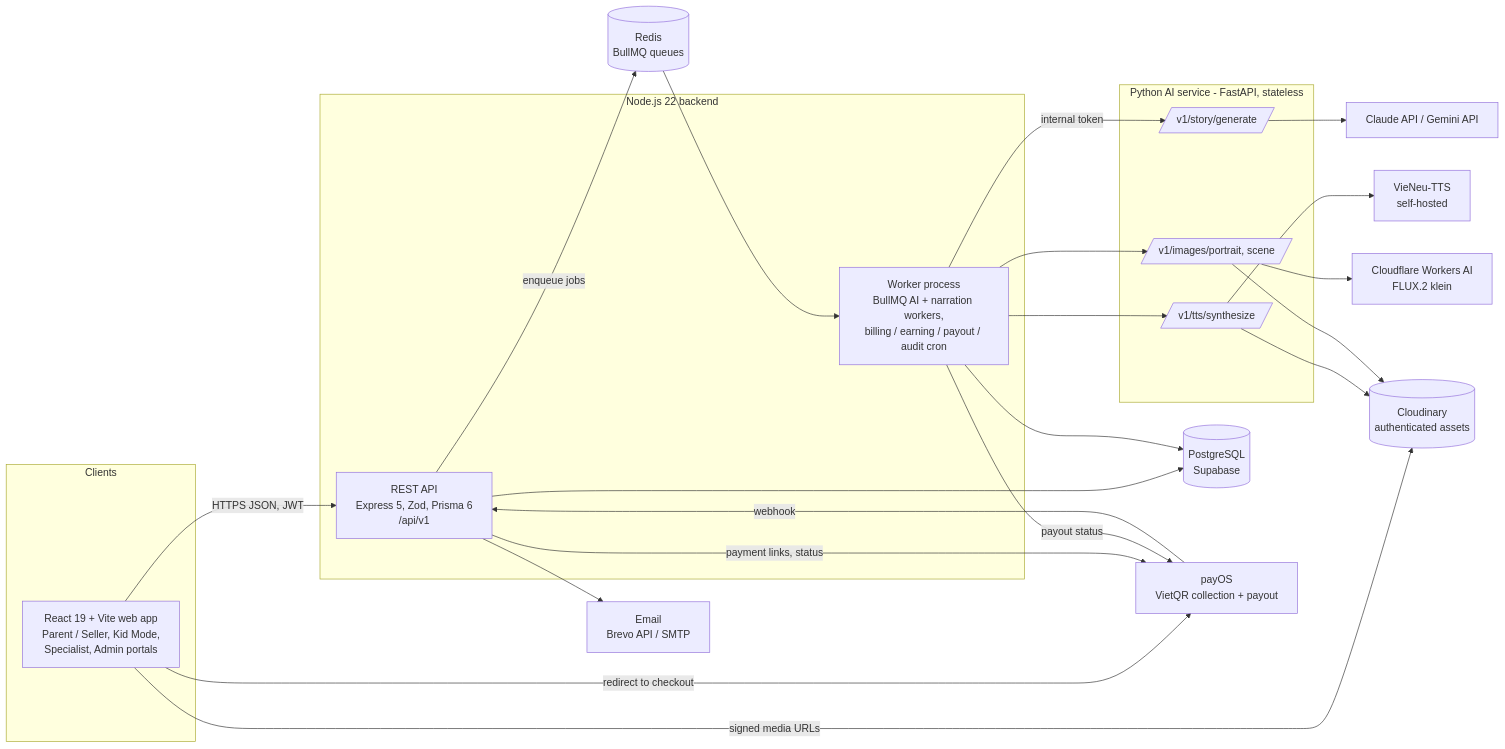
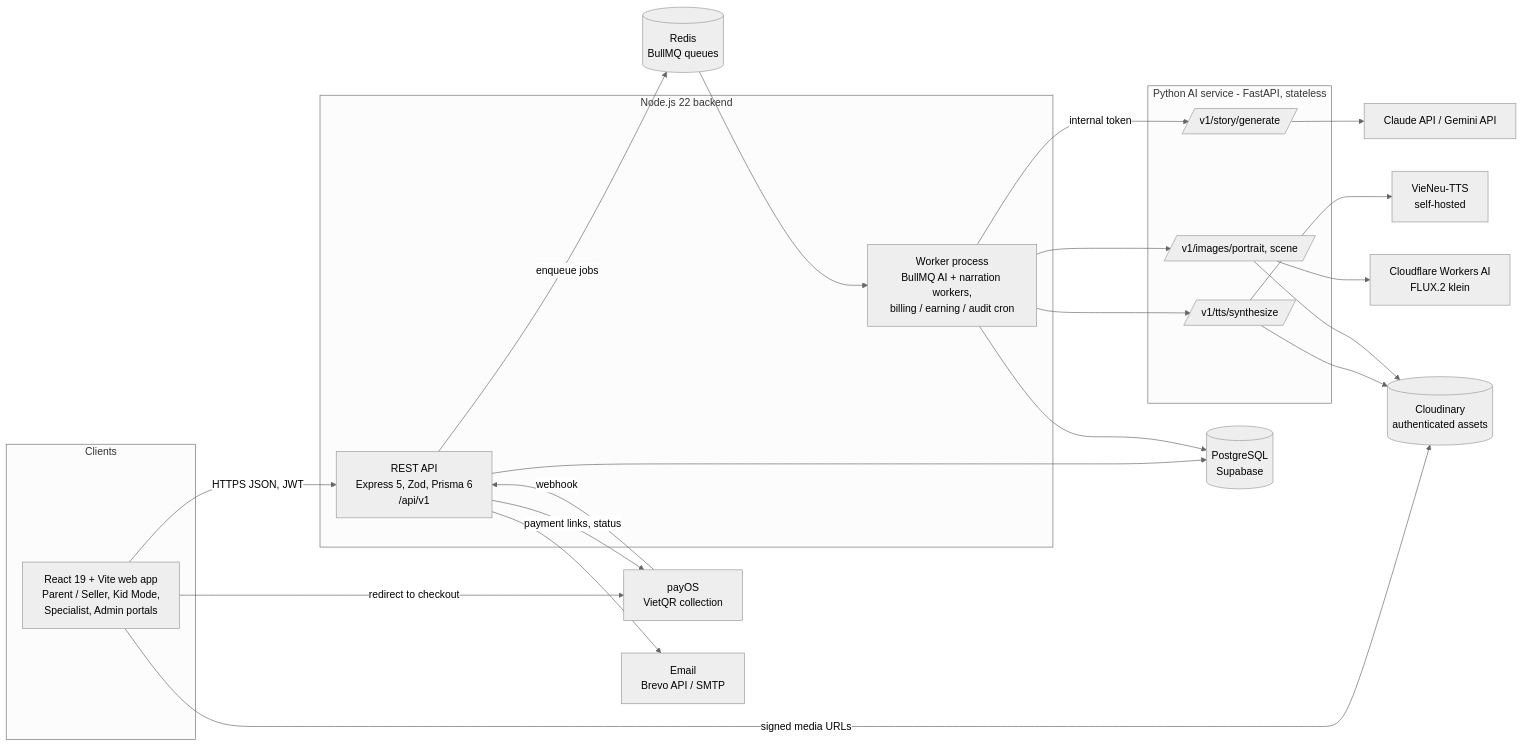
Before and after one commit to SEP490-GFA26SE186/BE: the diagram in docs/diagrams/sdd/1.1-architecture.mmd, drawn with Mermaid. The commit also changed 46 other files, not shown here.

First line of the commit message:
Refactor class diagrams and sequence diagrams for monitoring, publishing, and withdrawals

```diff
--- a/docs/diagrams/sdd/1.1-architecture.mmd
+++ b/docs/diagrams/sdd/1.1-architecture.mmd
@@ -1,40 +1,40 @@
+%%{init: {"theme": "neutral", "themeVariables": {"fontFamily": "Arial"}}}%%
 flowchart LR
   subgraph Clients
     WEB[React 19 + Vite web app<br/>Parent / Seller, Kid Mode,<br/>Specialist, Admin portals]
   end
   subgraph Backend [Node.js 22 backend]
     API[REST API<br/>Express 5, Zod, Prisma 6<br/>/api/v1]
-    WK[Worker process<br/>BullMQ AI + narration workers,<br/>billing / earning / payout / audit cron]
+    WK[Worker process<br/>BullMQ AI + narration workers,<br/>billing / earning / audit cron]
   end
   REDIS[(Redis<br/>BullMQ queues)]
   DB[(PostgreSQL<br/>Supabase)]
   subgraph AISvc [Python AI service - FastAPI, stateless]
     STORY[/v1/story/generate/]
     TTS[/v1/tts/synthesize/]
     IMG[/v1/images/portrait, scene/]
   end
   LLM[Claude API / Gemini API]
   VN[VieNeu-TTS<br/>self-hosted]
   CF[Cloudflare Workers AI<br/>FLUX.2 klein]
   CLD[(Cloudinary<br/>authenticated assets)]
-  PAY[payOS<br/>VietQR collection + payout]
+  PAY[payOS<br/>VietQR collection]
   MAIL[Email<br/>Brevo API / SMTP]
   WEB -->|HTTPS JSON, JWT| API
   WEB -->|signed media URLs| CLD
   WEB -->|redirect to checkout| PAY
   API --> DB
   API -->|enqueue jobs| REDIS
   REDIS --> WK
   WK --> DB
   WK -->|internal token| STORY
   WK --> TTS
   WK --> IMG
   STORY --> LLM
   TTS --> VN
   IMG --> CF
   TTS --> CLD
   IMG --> CLD
   API -->|payment links, status| PAY
   PAY -->|webhook| API
-  WK -->|payout status| PAY
   API --> MAIL
```
